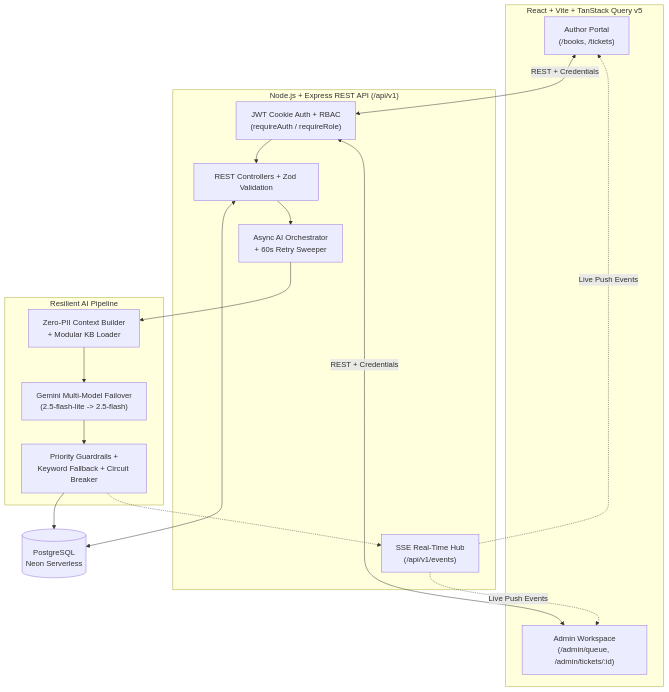
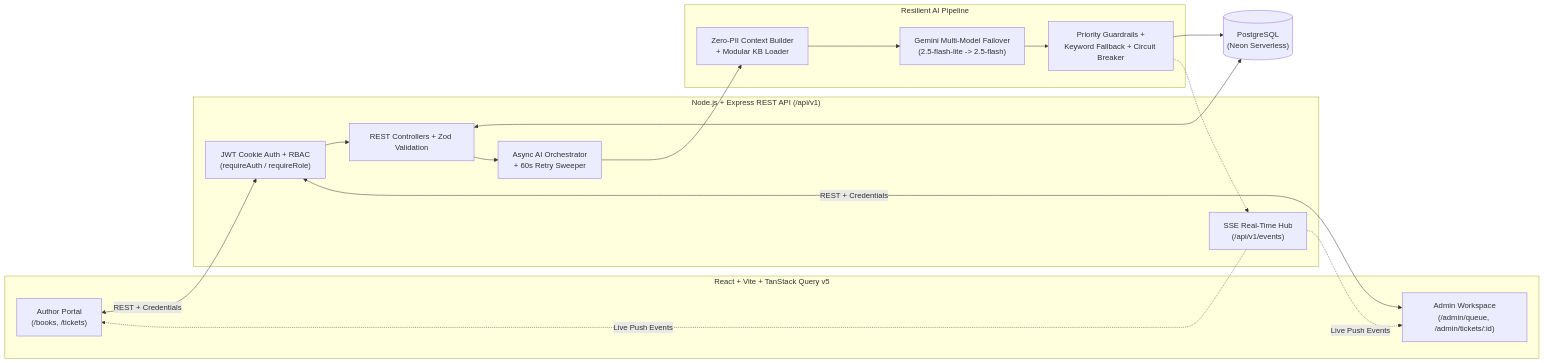
The diagram in ARCHITECTURE_WRITEUP.md (Shreyansh3108/LeafSync), drawn with Mermaid before and after one commit. The commit also changed other lines of this file, not shown here.

```diff
--- a/ARCHITECTURE_WRITEUP.md
+++ b/ARCHITECTURE_WRITEUP.md
@@ -24,33 +44,65 @@
 ~~~mermaid
-flowchart TD
+
+flowchart LR
+
     subgraph Client["React + Vite + TanStack Query v5"]
+
         AuthorUI["Author Portal\n(/books, /tickets)"]
+
         AdminUI["Admin Workspace\n(/admin/queue, /admin/tickets/:id)"]
+
     end
 
+
+
     subgraph Server["Node.js + Express REST API (/api/v1)"]
+
         AuthMW["JWT Cookie Auth + RBAC\n(requireAuth / requireRole)"]
+
         Controllers["REST Controllers + Zod Validation"]
+
         Orchestrator["Async AI Orchestrator\n+ 60s Retry Sweeper"]
+
         SSEHub["SSE Real-Time Hub\n(/api/v1/events)"]
+
     end
 
+
+
     subgraph AILayer["Resilient AI Pipeline"]
+
         Context["Zero-PII Context Builder\n+ Modular KB Loader"]
+
         Gemini["Gemini Multi-Model Failover\n(2.5-flash-lite -> 2.5-flash)"]
+
         Guardrails["Priority Guardrails +\nKeyword Fallback + Circuit Breaker"]
+
     end
 
-    DB[(PostgreSQL\nNeon Serverless)]
+
+
+    DB[("PostgreSQL\n(Neon Serverless)")]
+
+
 
     AuthorUI <-->|"REST + Credentials"| AuthMW
+
     AdminUI <-->|"REST + Credentials"| AuthMW
+
     SSEHub -.->|"Live Push Events"| AuthorUI
+
     SSEHub -.->|"Live Push Events"| AdminUI
+
     AuthMW --> Controllers
+
     Controllers <--> DB
+
     Controllers --> Orchestrator
+
     Orchestrator --> Context --> Gemini --> Guardrails
+
     Guardrails --> DB
+
     Guardrails -.-> SSEHub
+
 ~~~
```
